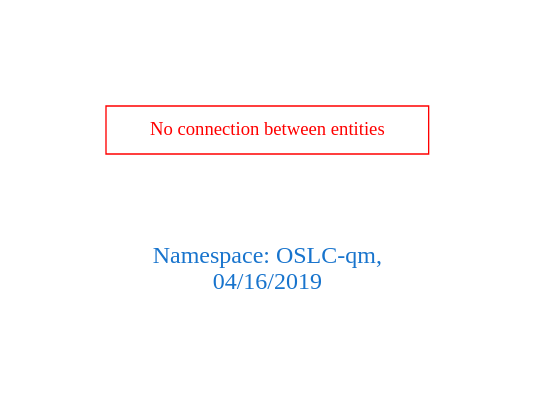
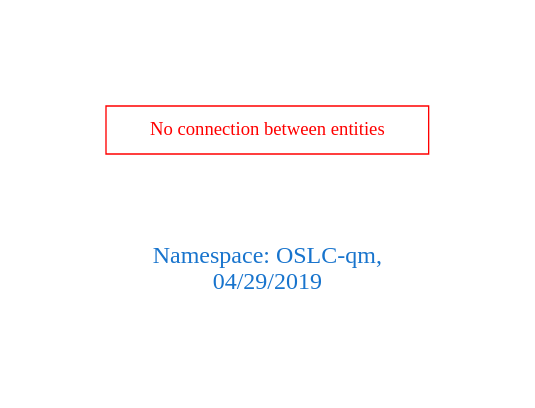
One commit to arago/OGIT changed the diagram in downloads/OSLC-qm.dot. Above: the diagram before and after it, drawn with Graphviz. The commit also changed 1389 other files, not shown here.

```diff
--- a/downloads/OSLC-qm.dot
+++ b/downloads/OSLC-qm.dot
@@ -1,9 +1,9 @@
 digraph OGIT_ontology {
  graph [ rankdir= LR,pad=1 
 fontsize = 18,
-fontcolor= dodgerblue3,label = "\n\n\nNamespace: OSLC-qm, \n 04/16/2019"];
+fontcolor= dodgerblue3,label = "\n\n\nNamespace: OSLC-qm, \n 04/29/2019"];
 node[shape=polygon];
 edge [  color="gray81"];
 
 "No connection between entities" [fontcolor = "red",color="red", shape="polygon"]
 }
```
